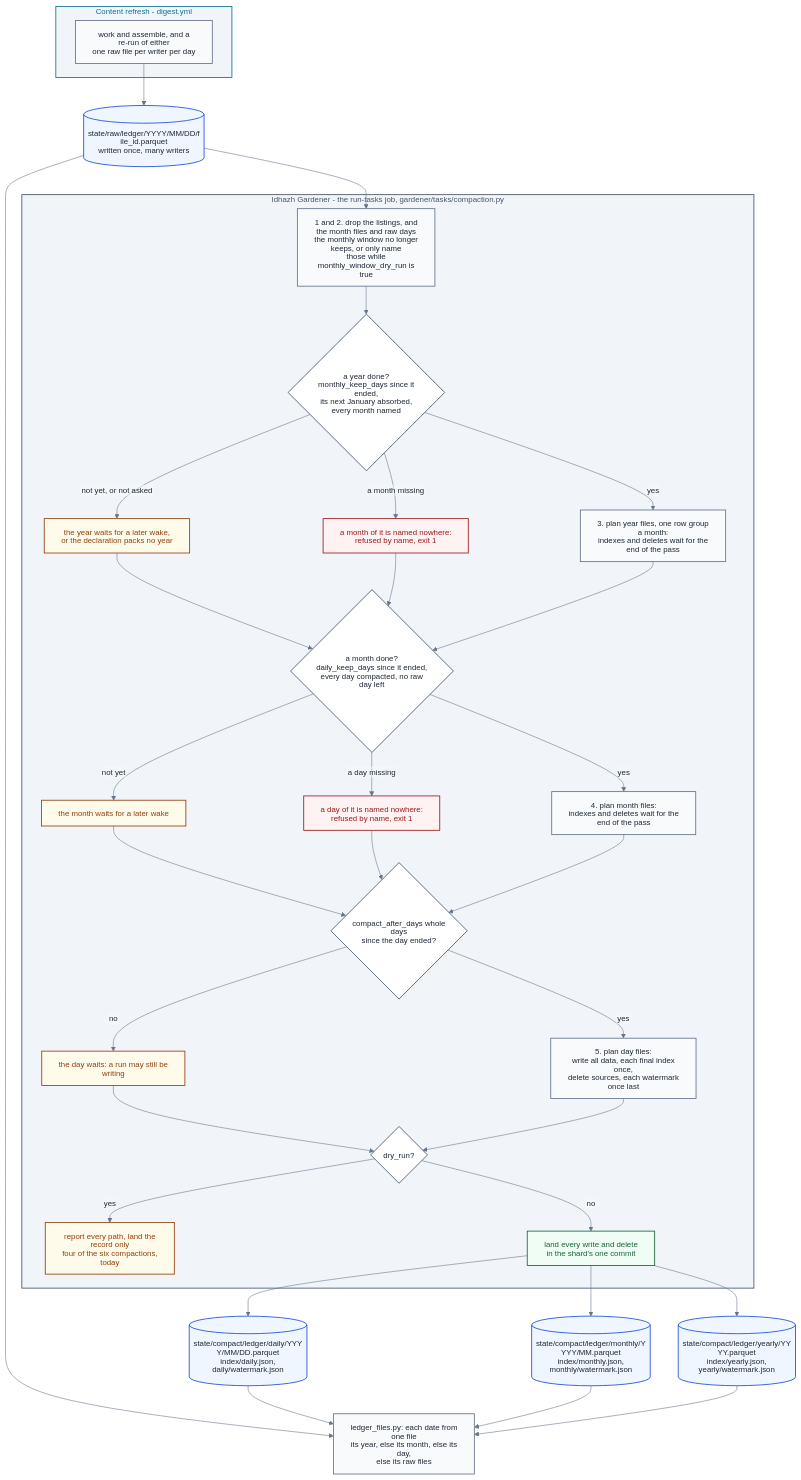
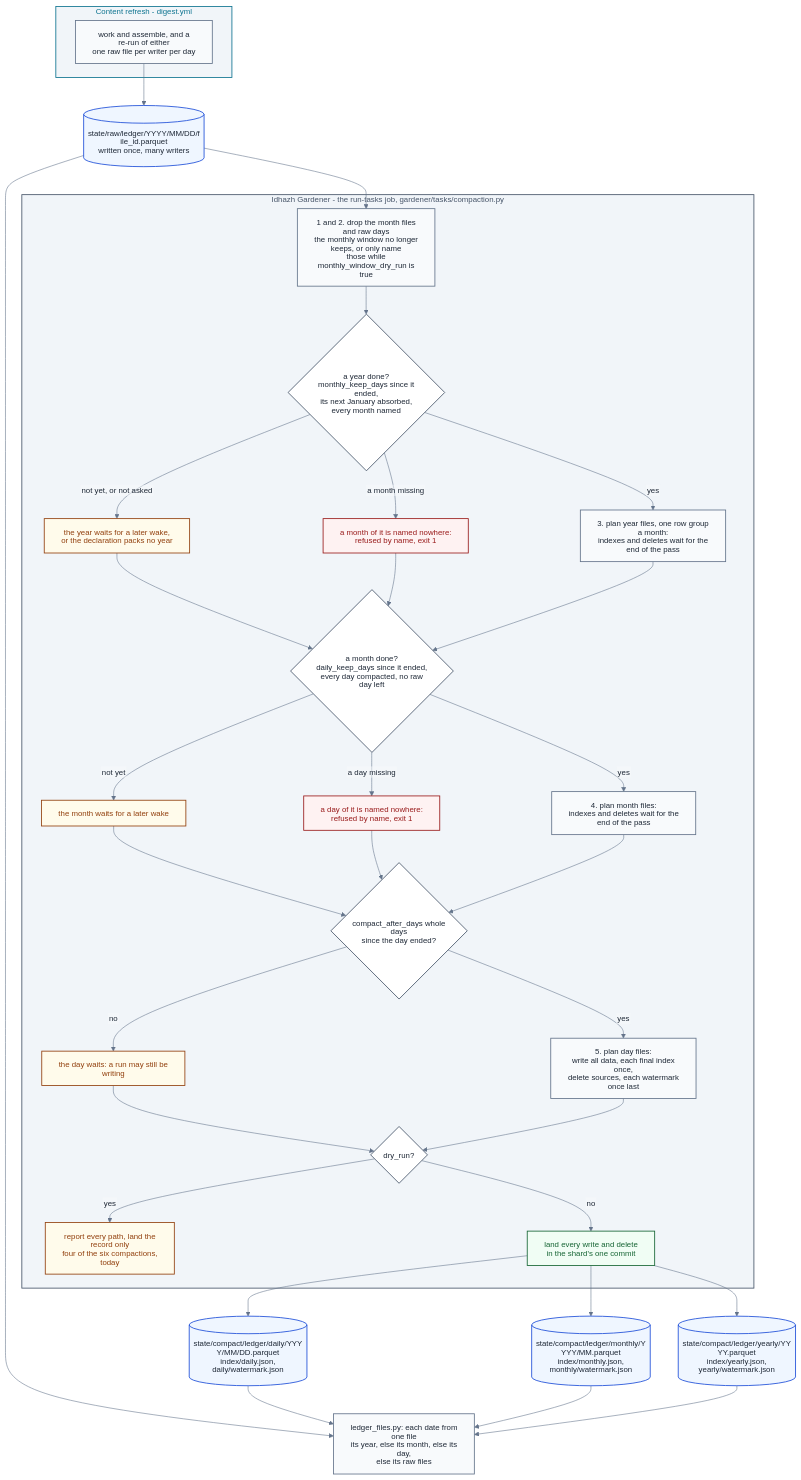
The diagram in docs/architecture/publishing/ledger-compaction.md (miztiik/yen-idhazh), drawn with Mermaid before and after one commit. The commit also changed other lines of this file and 355 other files, not shown here.

First line of the commit message:
Remove the leftover raw listings from state/ and the cleanup code that never ran (#1267)

````diff
--- a/docs/architecture/publishing/ledger-compaction.md
+++ b/docs/architecture/publishing/ledger-compaction.md
@@ -33,79 +33,79 @@
 ```mermaid
 %%{init: {"theme": "base", "htmlLabels": false, "themeVariables": {"background": "#ffffff", "primaryColor": "#f8fafc", "primaryTextColor": "#1f2937", "primaryBorderColor": "#64748b", "lineColor": "#64748b", "textColor": "#1f2937", "clusterBkg": "#f1f5f9", "clusterBorder": "#64748b", "titleColor": "#1f2937", "edgeLabelBackground": "#f8fafc", "fontSize": "14px"}}}%%
 flowchart TB
   subgraph REFRESH["Content refresh - digest.yml"]
     W["work and assemble, and a re-run of either<br/>one raw file per writer per day"]
   end
 
   RAWF[("state/raw/ledger/YYYY/MM/DD/file_id.parquet<br/>written once, many writers")]
 
   subgraph GARDEN["Idhazh Gardener - the run-tasks job, gardener/tasks/compaction.py"]
-    DROP["1 and 2. drop the listings, and the month files and raw days<br/>the monthly window no longer keeps, or only name<br/>those while monthly_window_dry_run is true"]
+    DROP["1 and 2. drop the month files and raw days<br/>the monthly window no longer keeps, or only name<br/>those while monthly_window_dry_run is true"]
     YDONE{"a year done?<br/>monthly_keep_days since it ended,<br/>its next January absorbed, every month named"}
     YWAIT["the year waits for a later wake,<br/>or the declaration packs no year"]
     YHOLE["a month of it is named nowhere:<br/>refused by name, exit 1"]
     PACK["3. plan year files, one row group a month:<br/>indexes and deletes wait for the end of the pass"]
     MDONE{"a month done?<br/>daily_keep_days since it ended,<br/>every day compacted, no raw day left"}
     MWAIT["the month waits for a later wake"]
     MHOLE["a day of it is named nowhere:<br/>refused by name, exit 1"]
     ABSORB["4. plan month files:<br/>indexes and deletes wait for the end of the pass"]
     DDUE{"compact_after_days whole days<br/>since the day ended?"}
     DHOLD["the day waits: a run may still be writing"]
     TAKE["5. plan day files:<br/>write all data, each final index once,<br/>delete sources, each watermark once last"]
     DRY{"dry_run?"}
     REPORT["report every path, land the record only<br/>four of the six compactions, today"]
     LAND["land every write and delete<br/>in the shard's one commit"]
   end
 
   DAILY[("state/compact/ledger/daily/YYYY/MM/DD.parquet<br/>index/daily.json, daily/watermark.json")]
   MONTHLY[("state/compact/ledger/monthly/YYYY/MM.parquet<br/>index/monthly.json, monthly/watermark.json")]
   YEARLY[("state/compact/ledger/yearly/YYYY.parquet<br/>index/yearly.json, yearly/watermark.json")]
   READER["ledger_files.py: each date from one file<br/>its year, else its month, else its day,<br/>else its raw files"]
 
   W --> RAWF
   RAWF --> DROP
   DROP --> YDONE
   YDONE -->|"not yet, or not asked"| YWAIT
   YDONE -->|"a month missing"| YHOLE
   YDONE -->|"yes"| PACK
   YWAIT --> MDONE
   YHOLE --> MDONE
   PACK --> MDONE
   MDONE -->|"not yet"| MWAIT
   MDONE -->|"a day missing"| MHOLE
   MDONE -->|"yes"| ABSORB
   MWAIT --> DDUE
   MHOLE --> DDUE
   ABSORB --> DDUE
   DDUE -->|"no"| DHOLD
   DDUE -->|"yes"| TAKE
   DHOLD --> DRY
   TAKE --> DRY
   DRY -->|"yes"| REPORT
   DRY -->|"no"| LAND
   LAND --> DAILY
   LAND --> MONTHLY
   LAND --> YEARLY
   RAWF --> READER
   DAILY --> READER
   MONTHLY --> READER
   YEARLY --> READER
 
   classDef stage fill:#f8fafc,stroke:#64748b,stroke-width:1.5px,color:#1f2937;
   classDef decision fill:#ffffff,stroke:#475569,stroke-width:1.5px,color:#1f2937;
   classDef yes fill:#f0fdf4,stroke:#166534,stroke-width:1.5px,color:#166534;
   classDef no fill:#fef2f2,stroke:#991b1b,stroke-width:1.5px,color:#991b1b;
   classDef warn fill:#fffbeb,stroke:#92400e,stroke-width:1.5px,color:#92400e;
   classDef ledger fill:#eff6ff,stroke:#1d4ed8,stroke-width:1.5px,color:#1f2937;
   classDef sysOps fill:#f1f5f9,stroke:#475569,stroke-width:1.5px,color:#475569;
   classDef sysPublish fill:#f1f5f9,stroke:#0e7490,stroke-width:1.5px,color:#0e7490;
 
   class W,DROP,PACK,ABSORB,TAKE,READER stage;
   class YDONE,MDONE,DDUE,DRY decision;
   class LAND yes;
   class YHOLE,MHOLE no;
   class YWAIT,MWAIT,DHOLD,REPORT warn;
   class RAWF,DAILY,MONTHLY,YEARLY ledger;
   class REFRESH sysPublish;
   class GARDEN sysOps;
 ```
````
